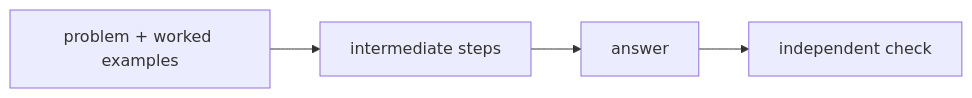
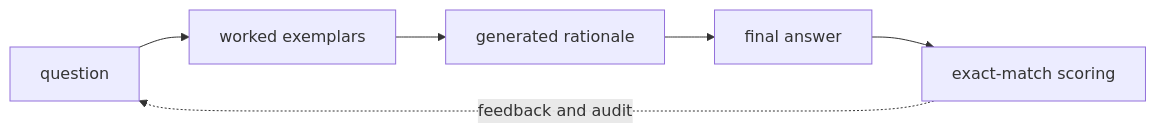
Before and after one commit to niyama-admin/learning-lab: the first of 2 diagrams in llm-learning-repository/tutorials/02-building/07-chain-of-thought.md, drawn with Mermaid. The commit also changed other lines of this file and 24 other files, not shown here.

````diff
--- a/llm-learning-repository/tutorials/02-building/07-chain-of-thought.md
+++ b/llm-learning-repository/tutorials/02-building/07-chain-of-thought.md
@@ -9,6 +22,8 @@
 ```mermaid
 flowchart LR
-  A["problem + worked examples"] --> B["intermediate steps"]
-  B["intermediate steps"] --> C["answer"]
-  C["answer"] --> D["independent check"]
+  A["question"] --> B["worked exemplars"]
+  B --> C["generated rationale"]
+  C --> D["final answer"]
+  D --> E["exact-match scoring"]
+  E -. feedback and audit .-> A
 ```
````
